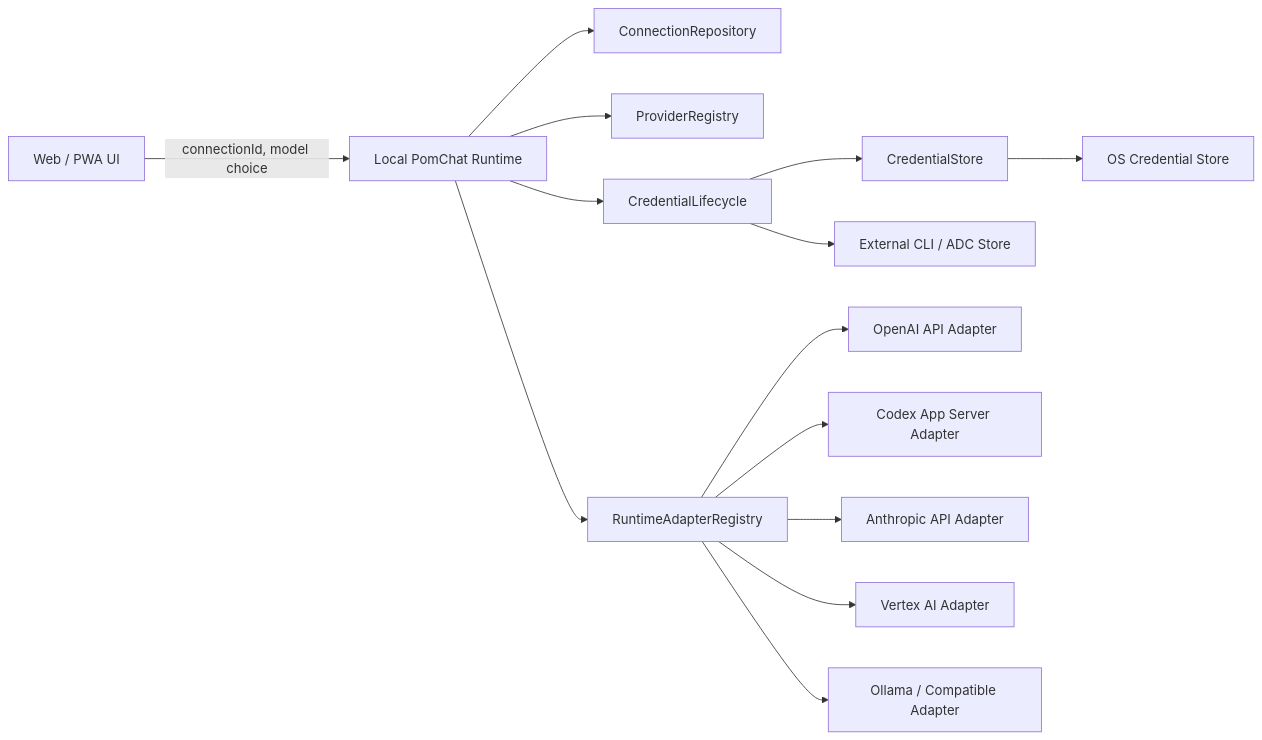
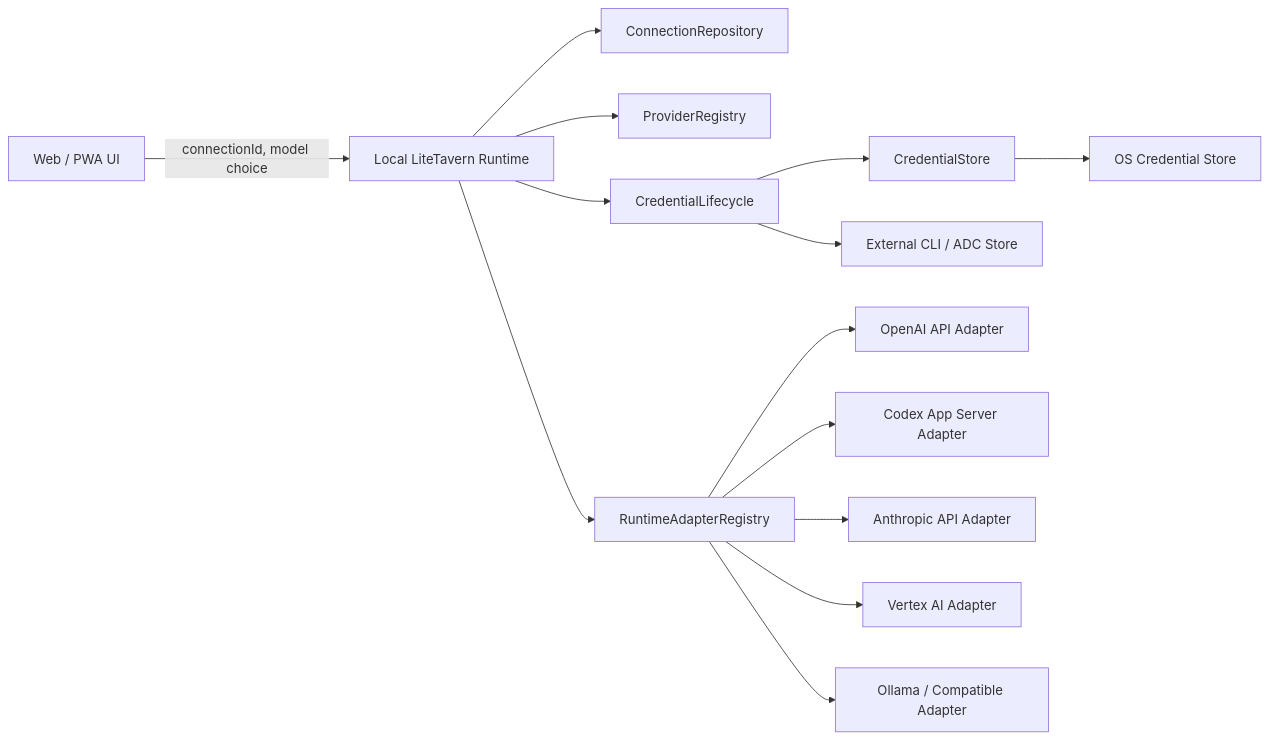
Before and after one commit to CHNISam/LiteTavern: the diagram in docs/plans/2026-07-23-provider-connection-system-design.md, drawn with Mermaid. The commit also changed other lines of this file and 94 other files, not shown here.

First line of the commit message:
ci(release)!: establish controlled LiteTavern release flow

````diff
--- a/docs/plans/2026-07-23-provider-connection-system-design.md
+++ b/docs/plans/2026-07-23-provider-connection-system-design.md
@@ -256,16 +256,16 @@
 ```mermaid
 flowchart LR
-  UI[Web / PWA UI] -->|connectionId, model choice| API[Local PomChat Runtime]
+  UI[Web / PWA UI] -->|connectionId, model choice| API[Local LiteTavern Runtime]
   API --> CR[ConnectionRepository]
   API --> PR[ProviderRegistry]
   API --> RR[RuntimeAdapterRegistry]
   API --> CL[CredentialLifecycle]
   CL --> CS[CredentialStore]
   CS --> OS[OS Credential Store]
   CL --> EXT[External CLI / ADC Store]
   RR --> OA[OpenAI API Adapter]
   RR --> CX[Codex App Server Adapter]
   RR --> AN[Anthropic API Adapter]
   RR --> VX[Vertex AI Adapter]
   RR --> OL[Ollama / Compatible Adapter]
 ```
````
